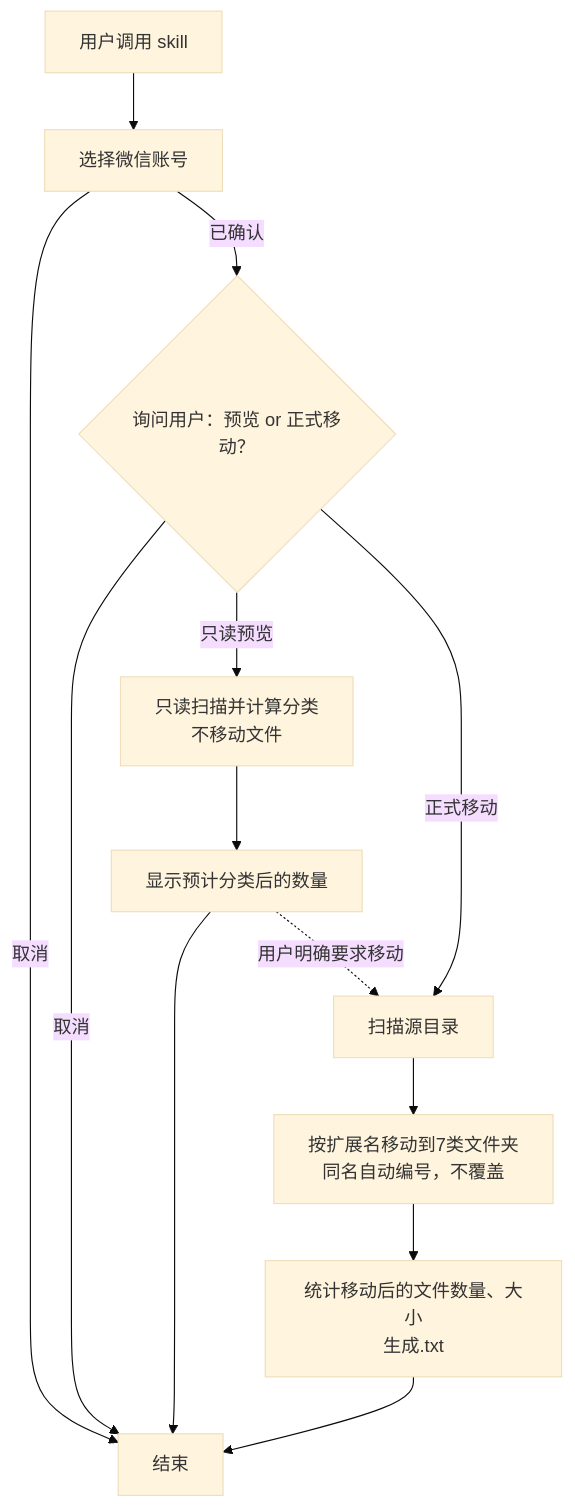
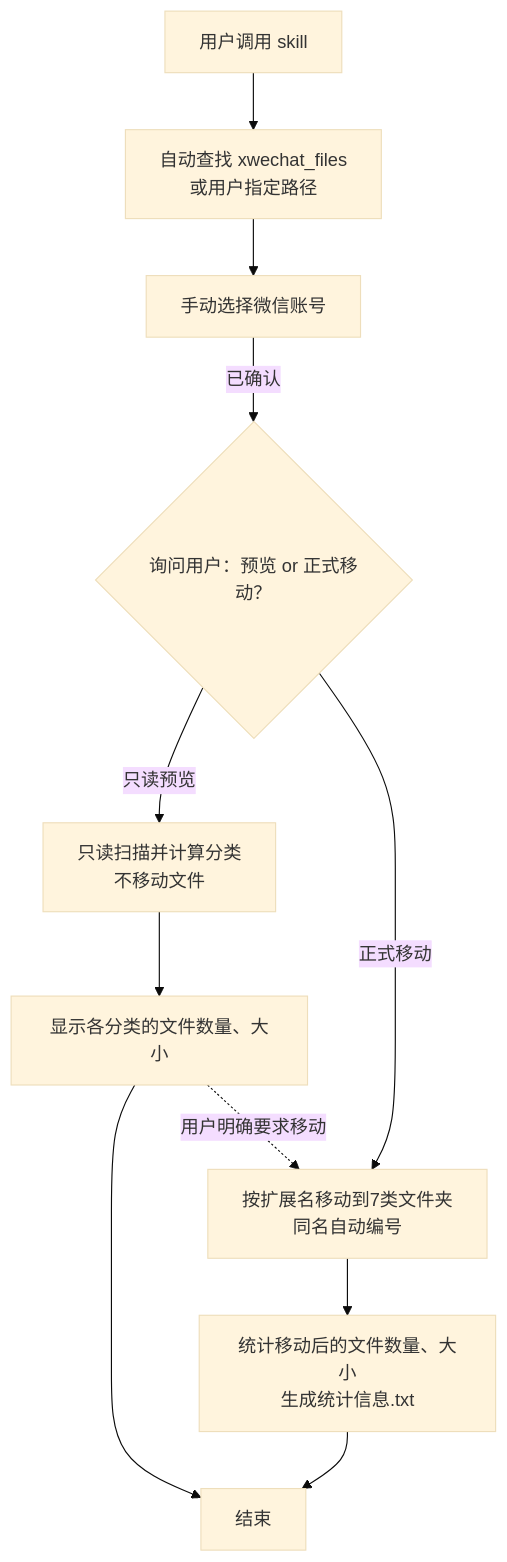
The diagram in README.md (WipeMyScreen/wechat-download-files-organizer), drawn with Mermaid (base theme) before and after one commit. The commit also changed other lines of this file and 3 other files, not shown here.

````diff
--- a/README.md
+++ b/README.md
@@ -15,17 +15,13 @@
 ```mermaid
 flowchart TD
-    A["用户调用 skill"] --> B["选择微信账号"]
+    A["用户调用 skill"] --> D["自动查找 xwechat_files<br/>或用户指定路径"]
+    D --> B["手动选择微信账号"]
     B -->|已确认| C{"询问用户：预览 or 正式移动？"}
-    B -->|取消| Z["结束"]
-    C -->|取消| Z
-
     C -->|只读预览| P["只读扫描并计算分类<br/>不移动文件"]
-    P --> Q["显示预计分类后的数量"]
+    P --> Q["显示各分类的文件数量、大小"]
     Q --> Z
     Q -.->|用户明确要求移动| M
-
-    C -->|正式移动| M["扫描源目录"]
-    M --> N["按扩展名移动到7类文件夹<br/>同名自动编号，不覆盖"]
-    N --> S["统计移动后的文件数量、大小<br/>生成.txt"]
-    S --> Z
+    C -->|正式移动| M["按扩展名移动到7类文件夹<br/>同名自动编号"]
+    M --> S["统计移动后的文件数量、大小<br/>生成统计信息.txt"]
+    S --> Z["结束"]
 ```
````
